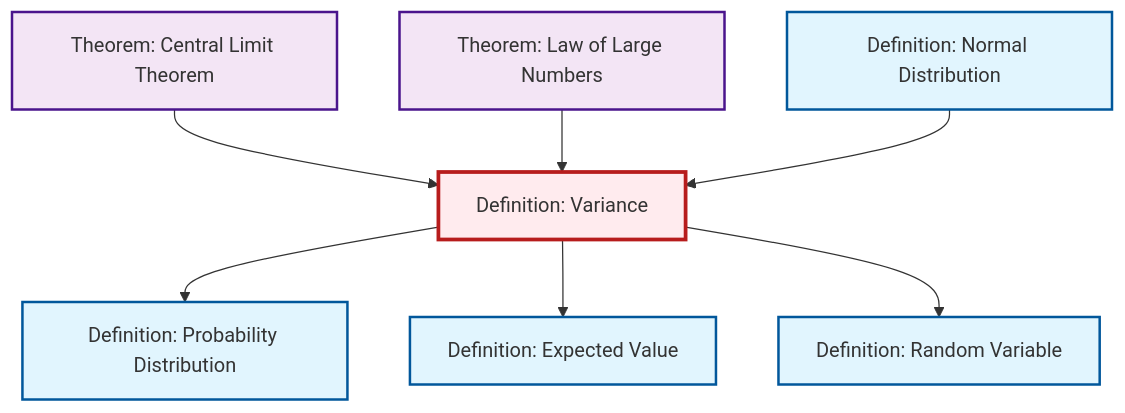
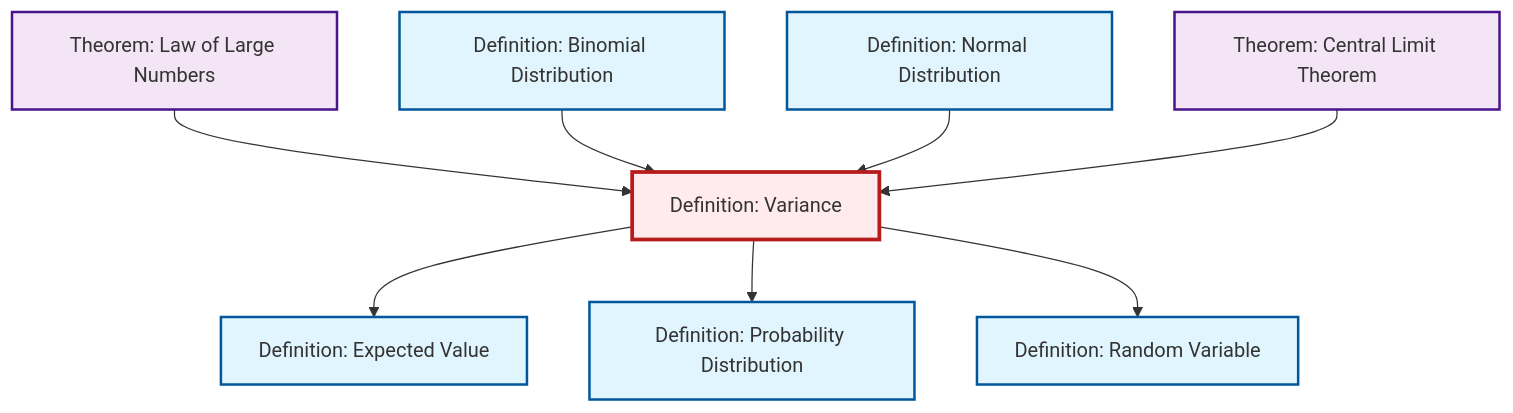
One commit to RK0429/ModernMath changed the diagram in output/mermaid/def-variance.mermaid. Above: the diagram before and after it, drawn with Mermaid. The commit also changed 654 other files, not shown here.

```diff
--- a/output/mermaid/def-variance.mermaid
+++ b/output/mermaid/def-variance.mermaid
@@ -1,21 +1,23 @@
 %%| fig-cap: "Local dependency graph"
 graph TD
     classDef definition fill:#e1f5fe,stroke:#01579b,stroke-width:2px
     classDef theorem fill:#f3e5f5,stroke:#4a148c,stroke-width:2px
     classDef axiom fill:#fff3e0,stroke:#e65100,stroke-width:2px
     classDef example fill:#e8f5e9,stroke:#1b5e20,stroke-width:2px
     classDef current fill:#ffebee,stroke:#b71c1c,stroke-width:3px
-    thm-central-limit["Theorem: Central Limit Theorem"]:::theorem
     def-expectation["Definition: Expected Value"]:::definition
+    def-binomial-distribution["Definition: Binomial Distribution"]:::definition
+    thm-law-of-large-numbers["Theorem: Law of Large Numbers"]:::theorem
     def-variance["Definition: Variance"]:::definition
     def-probability-distribution["Definition: Probability Distribution"]:::definition
     def-normal-distribution["Definition: Normal Distribution"]:::definition
-    thm-law-of-large-numbers["Theorem: Law of Large Numbers"]:::theorem
     def-random-variable["Definition: Random Variable"]:::definition
+    thm-central-limit["Theorem: Central Limit Theorem"]:::theorem
+    def-variance --> def-expectation
+    thm-law-of-large-numbers --> def-variance
+    def-binomial-distribution --> def-variance
     def-variance --> def-probability-distribution
-    def-variance --> def-expectation
+    def-normal-distribution --> def-variance
     thm-central-limit --> def-variance
-    thm-law-of-large-numbers --> def-variance
-    def-normal-distribution --> def-variance
     def-variance --> def-random-variable
     class def-variance current
```
